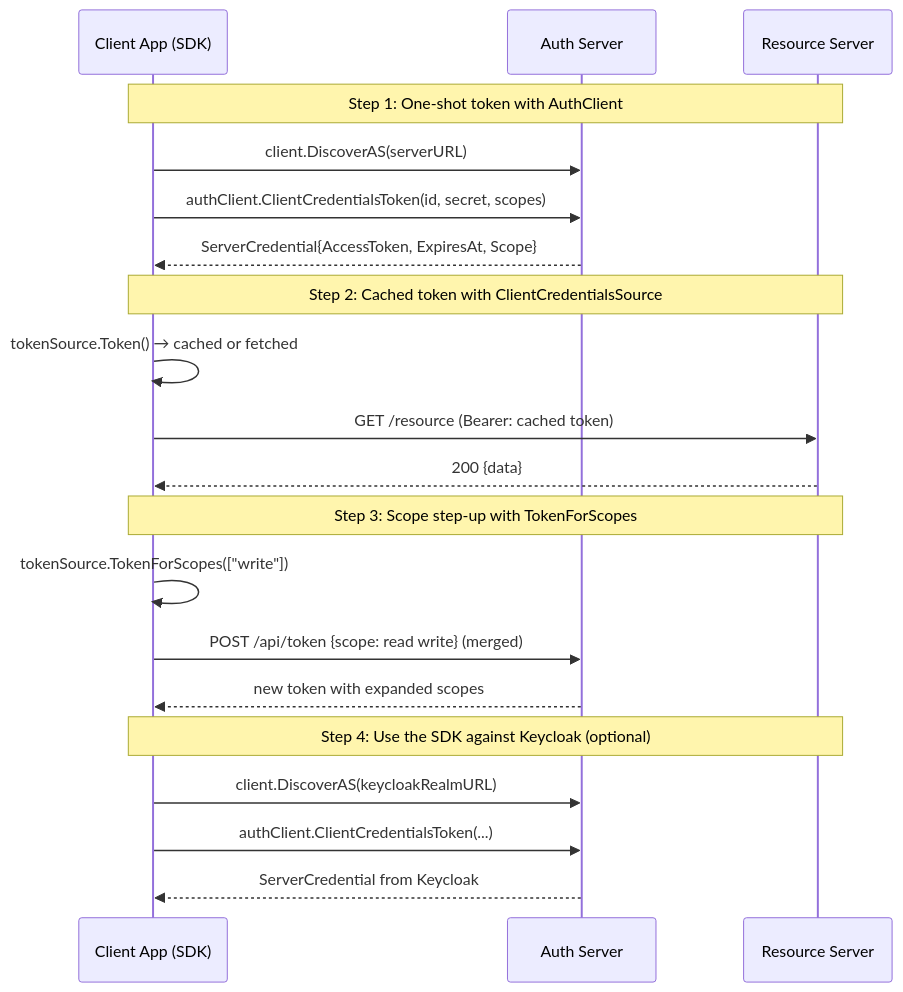
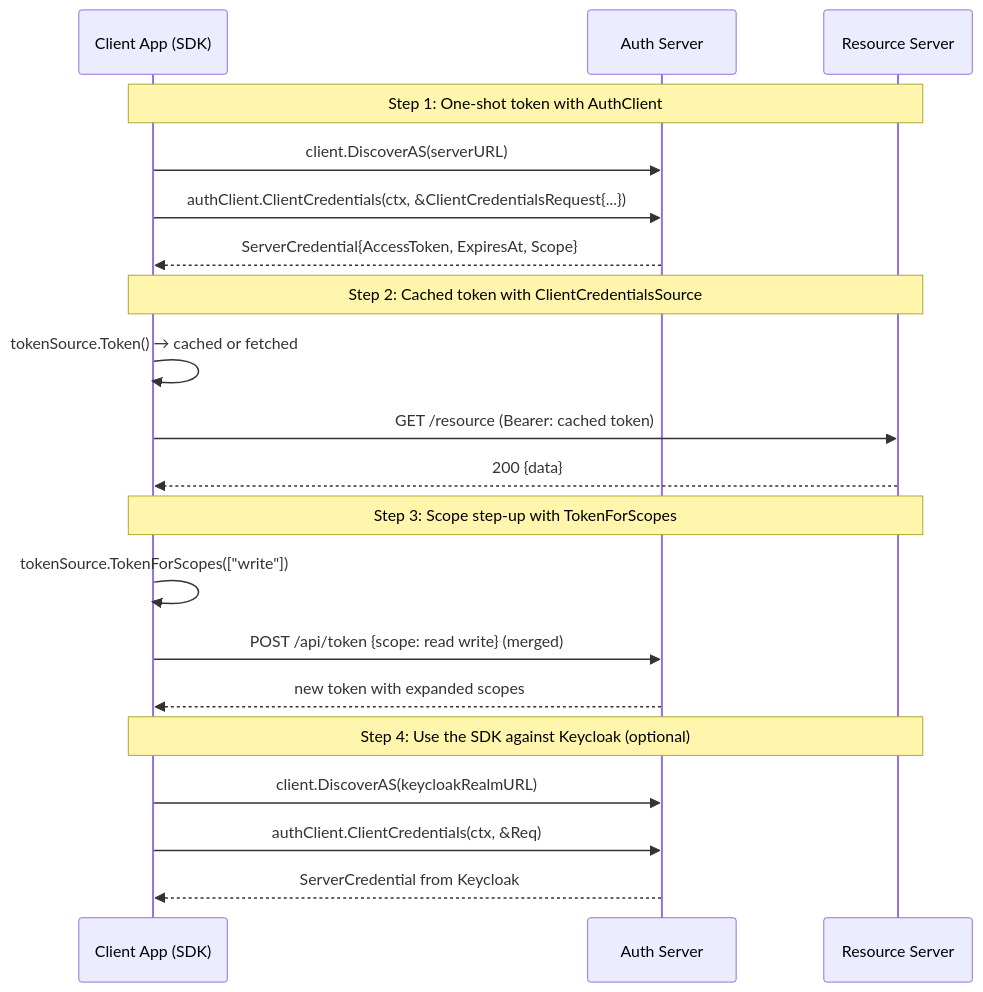
One commit to panyam/oneauth changed the diagram in examples/07-client-sdk/WALKTHROUGH.md. Above: the diagram before and after it, drawn with Mermaid. The commit also changed other lines of this file and 26 other files, not shown here.

````diff
--- a/examples/07-client-sdk/WALKTHROUGH.md
+++ b/examples/07-client-sdk/WALKTHROUGH.md
@@ -16,26 +16,26 @@
 ```mermaid
 sequenceDiagram
     participant App as Client App (SDK)
     participant AS as Auth Server
     participant RS as Resource Server
 
     Note over App,RS: Step 1: One-shot token with AuthClient
     App->>AS: client.DiscoverAS(serverURL)
-    App->>AS: authClient.ClientCredentialsToken(id, secret, scopes)
+    App->>AS: authClient.ClientCredentials(ctx, &ClientCredentialsRequest{...})
     AS-->>App: ServerCredential{AccessToken, ExpiresAt, Scope}
 
     Note over App,RS: Step 2: Cached token with ClientCredentialsSource
     App->>App: tokenSource.Token() → cached or fetched
     App->>RS: GET /resource (Bearer: cached token)
     RS-->>App: 200 {data}
 
     Note over App,RS: Step 3: Scope step-up with TokenForScopes
     App->>App: tokenSource.TokenForScopes(["write"])
     App->>AS: POST /api/token {scope: read write} (merged)
     AS-->>App: new token with expanded scopes
 
     Note over App,RS: Step 4: Use the SDK against Keycloak (optional)
     App->>AS: client.DiscoverAS(keycloakRealmURL)
-    App->>AS: authClient.ClientCredentialsToken(...)
+    App->>AS: authClient.ClientCredentials(ctx, &Req)
     AS-->>App: ServerCredential from Keycloak
 ```
````
